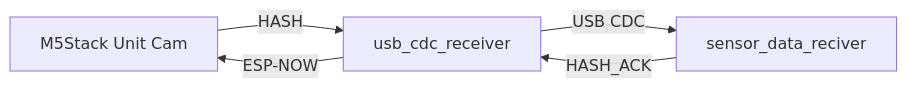
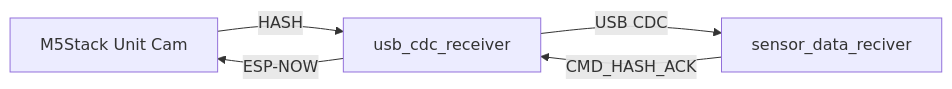
The second of 3 diagrams in docs/1_CultivationDiary/detail_design/02_hash_reliability_and_ack_design.md (junkei-okinawa/FarmVerse), drawn with Mermaid before and after one commit. The commit also changed other lines of this file, not shown here.

Commit message:
docs: clarify hash cycle identity

````diff
--- a/docs/1_CultivationDiary/detail_design/02_hash_reliability_and_ack_design.md
+++ b/docs/1_CultivationDiary/detail_design/02_hash_reliability_and_ack_design.md
@@ -314,7 +315,7 @@
 ```mermaid
 flowchart LR
     M5[M5Stack Unit Cam] -->|HASH| G[usb_cdc_receiver]
     G -->|USB CDC| P[sensor_data_reciver]
-    P -->|HASH_ACK| G
+    P -->|CMD_HASH_ACK| G
     G -->|ESP-NOW| M5
 ```
````
